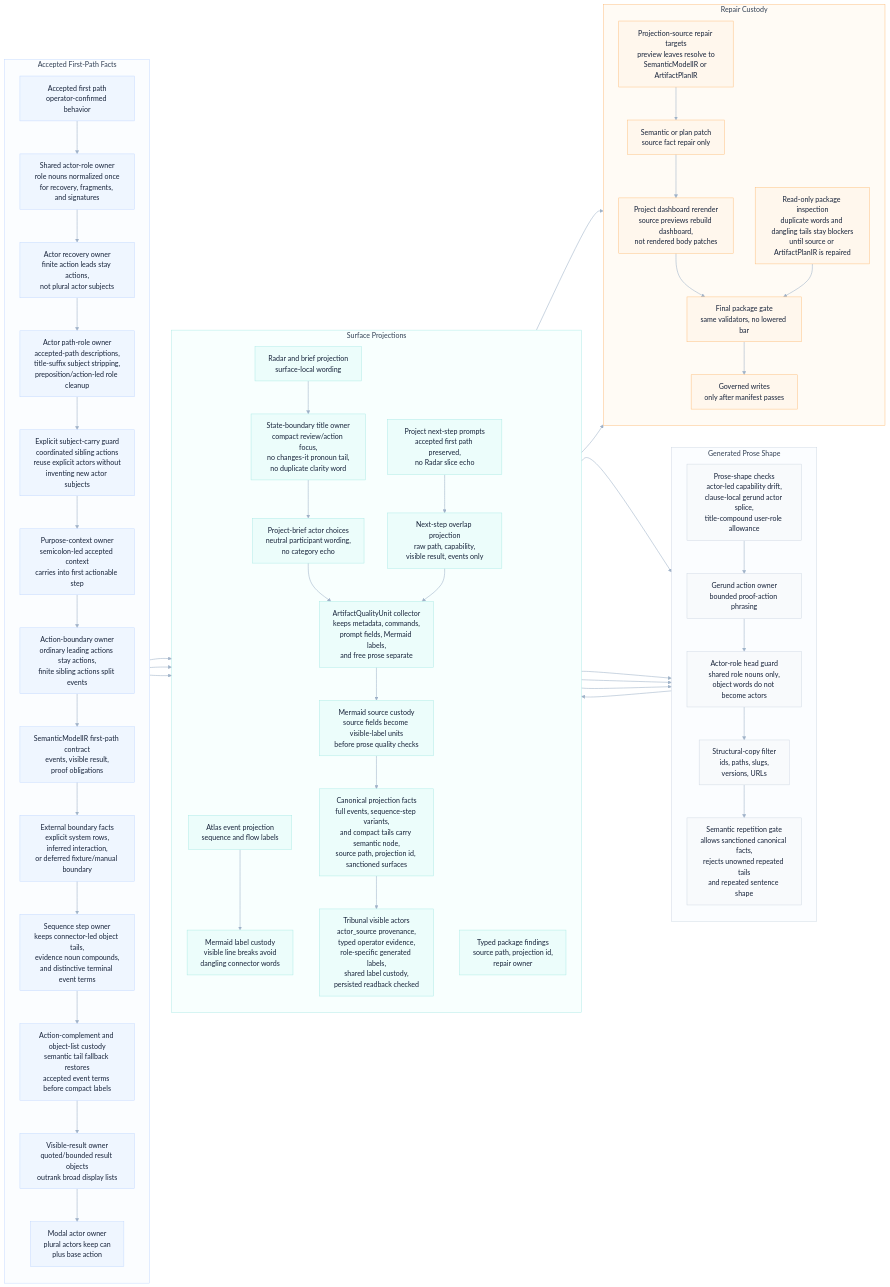
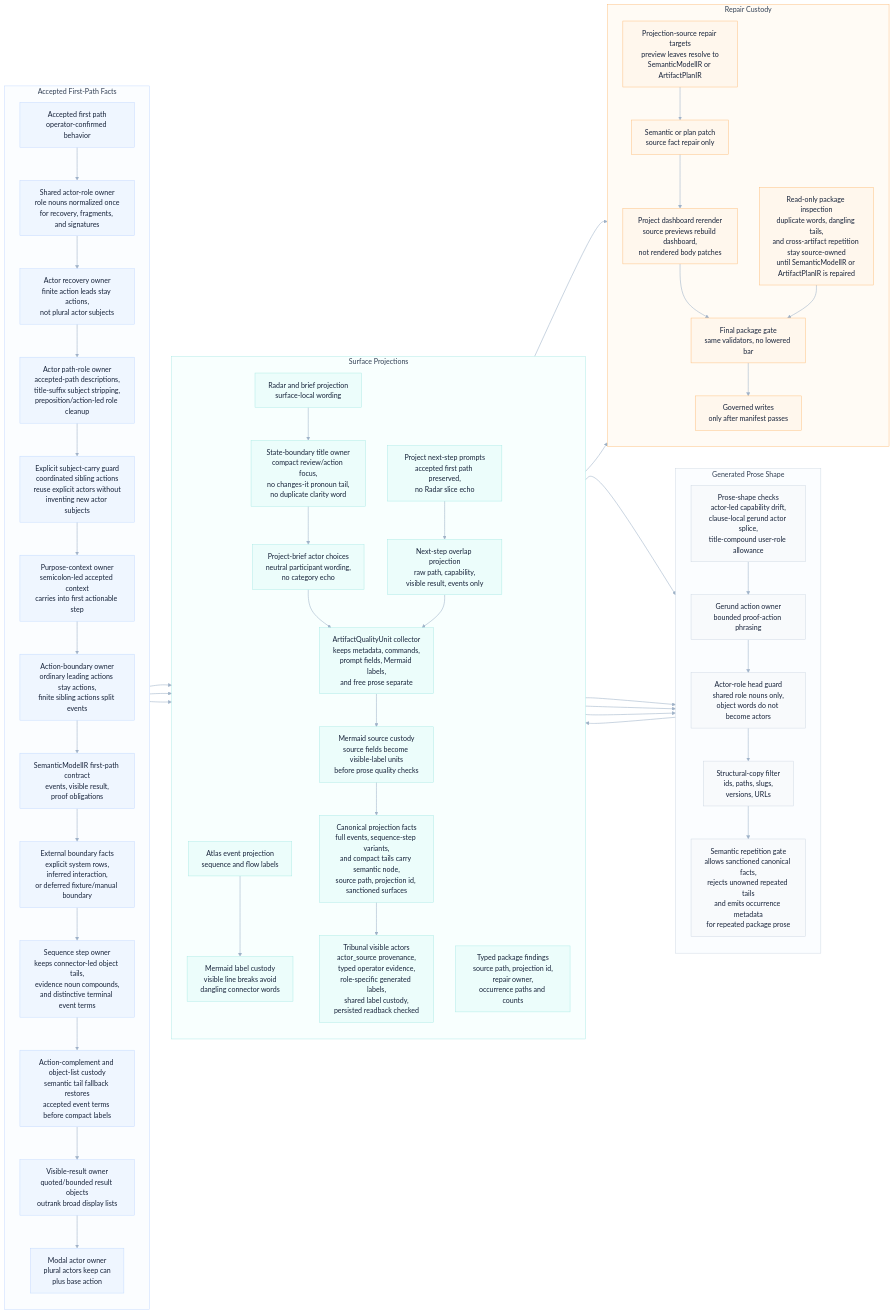
Before and after one commit to odylith/odylith: the diagram in odylith/atlas/source/greenfield-first-path-semantic-copy-custody.mmd, drawn with Mermaid. The commit also changed 45 other files, not shown here.

Commit message:
Route package repetition through typed findings

```diff
--- a/odylith/atlas/source/greenfield-first-path-semantic-copy-custody.mmd
+++ b/odylith/atlas/source/greenfield-first-path-semantic-copy-custody.mmd
@@ -1,108 +1,108 @@
 flowchart LR
     subgraph intent_lane["Accepted First-Path Facts"]
       direction TB
       accepted_path["Accepted first path<br/>operator-confirmed behavior"]
       actor_roles["Shared actor-role owner<br/>role nouns normalized once<br/>for recovery, fragments, and signatures"]
       actor_recovery["Actor recovery owner<br/>finite action leads stay actions,<br/>not plural actor subjects"]
       actor_path_role["Actor path-role owner<br/>accepted-path descriptions,<br/>title-suffix subject stripping,<br/>preposition/action-led role cleanup"]
       subject_carry_guard["Explicit subject-carry guard<br/>coordinated sibling actions<br/>reuse explicit actors without<br/>inventing new actor subjects"]
       purpose_context["Purpose-context owner<br/>semicolon-led accepted context<br/>carries into first actionable step"]
       action_boundary["Action-boundary owner<br/>ordinary leading actions stay actions,<br/>finite sibling actions split events"]
       semantic_contract["SemanticModelIR first-path contract<br/>events, visible result,<br/>proof obligations"]
       external_boundary["External boundary facts<br/>explicit system rows,<br/>inferred interaction,<br/>or deferred fixture/manual boundary"]
       sequence_owner["Sequence step owner<br/>keeps connector-led object tails,<br/>evidence noun compounds,<br/>and distinctive terminal event terms"]
       tail_custody["Action-complement and object-list custody<br/>semantic tail fallback restores<br/>accepted event terms before compact labels"]
       visible_result_owner["Visible-result owner<br/>quoted/bounded result objects<br/>outrank broad display lists"]
       modal_owner["Modal actor owner<br/>plural actors keep can<br/>plus base action"]
     end
 
     subgraph prose_lane["Generated Prose Shape"]
       direction TB
       shape_checks["Prose-shape checks<br/>actor-led capability drift,<br/>clause-local gerund actor splice,<br/>title-compound user-role allowance"]
       gerund_owner["Gerund action owner<br/>bounded proof-action phrasing"]
       actor_role_head_guard["Actor-role head guard<br/>shared role nouns only,<br/>object words do not become actors"]
       structural_filter["Structural-copy filter<br/>ids, paths, slugs,<br/>versions, URLs"]
-      repetition_gate["Semantic repetition gate<br/>allows sanctioned canonical facts,<br/>rejects unowned repeated tails<br/>and repeated sentence shape"]
+      repetition_gate["Semantic repetition gate<br/>allows sanctioned canonical facts,<br/>rejects unowned repeated tails<br/>and emits occurrence metadata<br/>for repeated package prose"]
     end
 
     subgraph projection_lane["Surface Projections"]
       direction TB
       radar_projection["Radar and brief projection<br/>surface-local wording"]
       state_boundary_titles["State-boundary title owner<br/>compact review/action focus,<br/>no changes-it pronoun tail,<br/>no duplicate clarity word"]
       actor_choice_copy["Project-brief actor choices<br/>neutral participant wording,<br/>no category echo"]
       atlas_projection["Atlas event projection<br/>sequence and flow labels"]
       mermaid_label_custody["Mermaid label custody<br/>visible line breaks avoid<br/>dangling connector words"]
       next_step_prompts["Project next-step prompts<br/>accepted first path preserved,<br/>no Radar slice echo"]
       overlap_projection["Next-step overlap projection<br/>raw path, capability,<br/>visible result, events only"]
       artifact_units["ArtifactQualityUnit collector<br/>keeps metadata, commands,<br/>prompt fields, Mermaid labels,<br/>and free prose separate"]
       mermaid_source_units["Mermaid source custody<br/>source fields become visible-label units<br/>before prose quality checks"]
       canonical_facts["Canonical projection facts<br/>full events, sequence-step variants,<br/>and compact tails carry semantic node,<br/>source path, projection id, sanctioned surfaces"]
       tribunal_actors["Tribunal visible actors<br/>actor_source provenance,<br/>typed operator evidence,<br/>role-specific generated labels,<br/>shared label custody,<br/>persisted readback checked"]
-      package_findings["Typed package findings<br/>source path, projection id,<br/>repair owner"]
+      package_findings["Typed package findings<br/>source path, projection id,<br/>repair owner,<br/>occurrence paths and counts"]
     end
 
     subgraph repair_lane["Repair Custody"]
       direction TB
       semantic_plan_patch["Semantic or plan patch<br/>source fact repair only"]
       projection_repair_targets["Projection-source repair targets<br/>preview leaves resolve to<br/>SemanticModelIR or ArtifactPlanIR"]
       dashboard_rerender["Project dashboard rerender<br/>source previews rebuild dashboard,<br/>not rendered body patches"]
-      package_inspection["Read-only package inspection<br/>duplicate words and dangling tails stay blockers<br/>until source or ArtifactPlanIR is repaired"]
+      package_inspection["Read-only package inspection<br/>duplicate words, dangling tails,<br/>and cross-artifact repetition stay source-owned<br/>until SemanticModelIR or ArtifactPlanIR is repaired"]
       final_gate["Final package gate<br/>same validators, no lowered bar"]
       governed_write["Governed writes<br/>only after manifest passes"]
     end
 
     accepted_path --> actor_roles
     actor_roles --> actor_recovery
     actor_recovery --> actor_path_role
     actor_path_role --> subject_carry_guard
     subject_carry_guard --> purpose_context
     purpose_context --> action_boundary
     action_boundary --> semantic_contract
     semantic_contract --> external_boundary
     external_boundary --> sequence_owner
     sequence_owner --> tail_custody
     tail_custody --> visible_result_owner
     visible_result_owner --> modal_owner
     modal_owner --> radar_projection
     modal_owner --> atlas_projection
     modal_owner --> next_step_prompts
     radar_projection --> state_boundary_titles
     state_boundary_titles --> actor_choice_copy
     radar_projection --> shape_checks
     atlas_projection --> mermaid_label_custody
     mermaid_label_custody --> shape_checks
     actor_choice_copy --> artifact_units
     next_step_prompts --> overlap_projection
     overlap_projection --> artifact_units
     artifact_units --> mermaid_source_units
     mermaid_source_units --> canonical_facts
     canonical_facts --> tribunal_actors
     tribunal_actors --> shape_checks
     shape_checks --> gerund_owner
     gerund_owner --> actor_role_head_guard
     actor_role_head_guard --> structural_filter
     structural_filter --> repetition_gate
     canonical_facts --> repetition_gate
     repetition_gate --> package_findings
     package_findings --> projection_repair_targets
     projection_repair_targets --> semantic_plan_patch
     semantic_plan_patch --> dashboard_rerender
     package_findings --> package_inspection
     dashboard_rerender --> final_gate
     package_inspection --> final_gate
     final_gate --> governed_write
 
     classDef intent fill:#EFF6FF,stroke:#BFD7FE,color:#17233A,stroke-width:1px;
     classDef prose fill:#F8FAFC,stroke:#CBD5E1,color:#17233A,stroke-width:1px;
     classDef projection fill:#ECFDFB,stroke:#A7E9E3,color:#17233A,stroke-width:1px;
     classDef repair fill:#FFF7ED,stroke:#FDBA74,color:#17233A,stroke-width:1px;
     class accepted_path,actor_roles,actor_recovery,actor_path_role,subject_carry_guard,purpose_context,action_boundary,semantic_contract,external_boundary,sequence_owner,tail_custody,visible_result_owner,modal_owner intent;
     class shape_checks,gerund_owner,actor_role_head_guard,structural_filter,repetition_gate prose;
     class radar_projection,state_boundary_titles,actor_choice_copy,atlas_projection,mermaid_label_custody,next_step_prompts,overlap_projection,artifact_units,mermaid_source_units,canonical_facts,tribunal_actors,package_findings projection;
     class semantic_plan_patch,projection_repair_targets,dashboard_rerender,package_inspection,final_gate,governed_write repair;
 
     style intent_lane fill:#FBFDFF,stroke:#BFD7FE,stroke-width:1px,color:#334155
     style prose_lane fill:#FBFDFF,stroke:#CBD5E1,stroke-width:1px,color:#334155
     style projection_lane fill:#F8FFFE,stroke:#A7E9E3,stroke-width:1px,color:#334155
     style repair_lane fill:#FFFBF5,stroke:#FDBA74,stroke-width:1px,color:#334155
     linkStyle default stroke:#9FB2C8,stroke-width:1.25px
```
